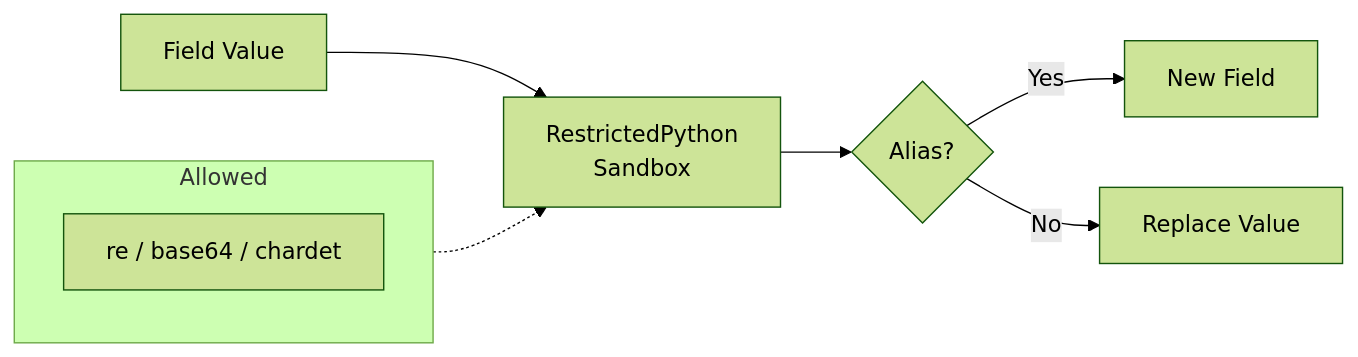
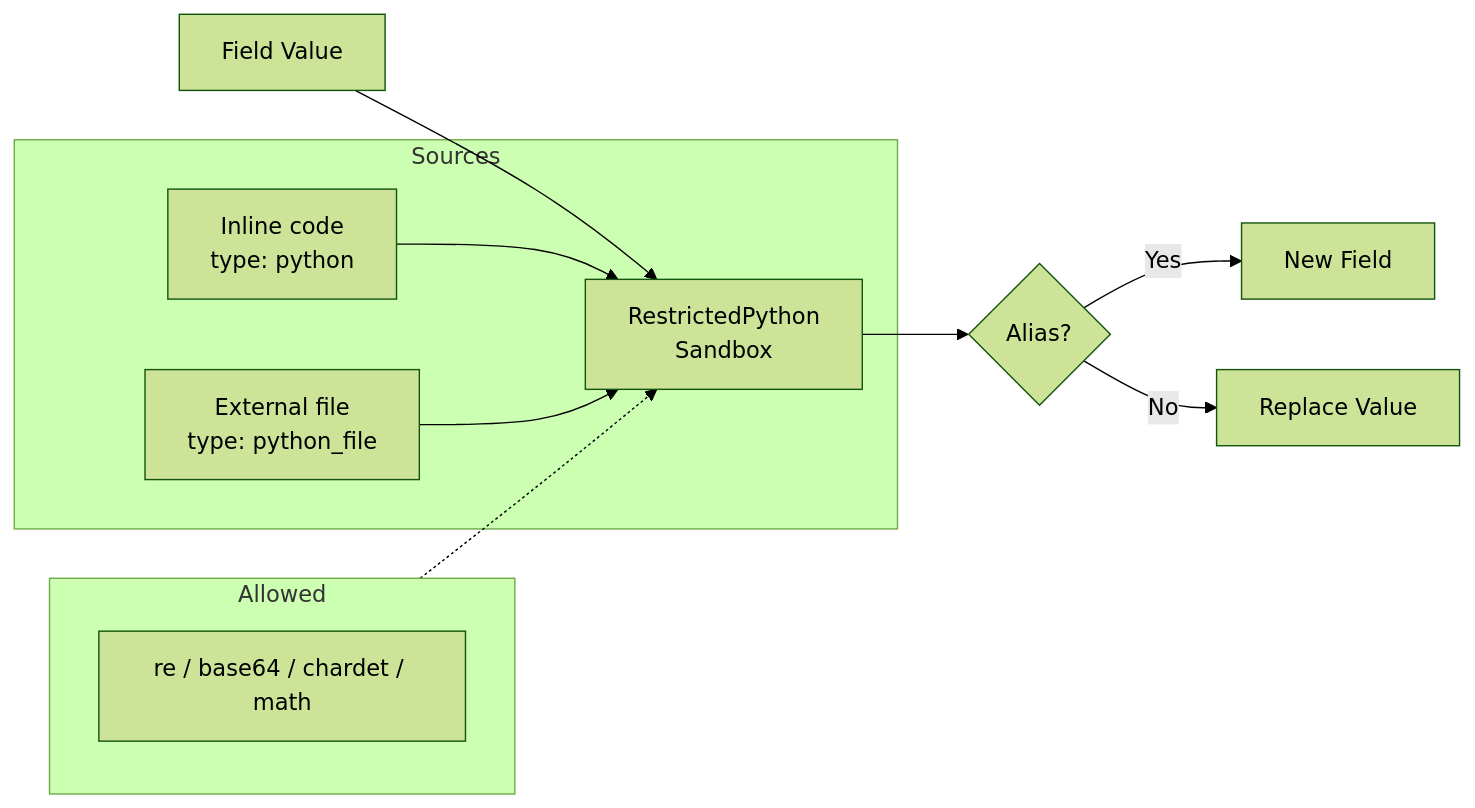
One commit to wagga40/Zircolite changed the fourth of 5 diagrams in docs/Internals.md. Above: the diagram before and after it, drawn with Mermaid (forest theme). The commit also changed other lines of this file and 101 other files, not shown here.

````diff
--- a/docs/Internals.md
+++ b/docs/Internals.md
@@ -91,13 +91,18 @@
 ```mermaid
 flowchart LR
     A[Field Value] --> B[RestrictedPython<br/>Sandbox]
     B --> C{Alias?}
     C -->|Yes| D[New Field]
     C -->|No| E[Replace Value]
     
     subgraph Allowed
-        R[re / base64 / chardet]
+        R[re / base64 / chardet / math]
     end
     
     Allowed -.-> B
+    
+    subgraph Sources
+        S1[Inline code<br/>type: python] --> B
+        S2[External file<br/>type: python_file] --> B
+    end
 ```
````
